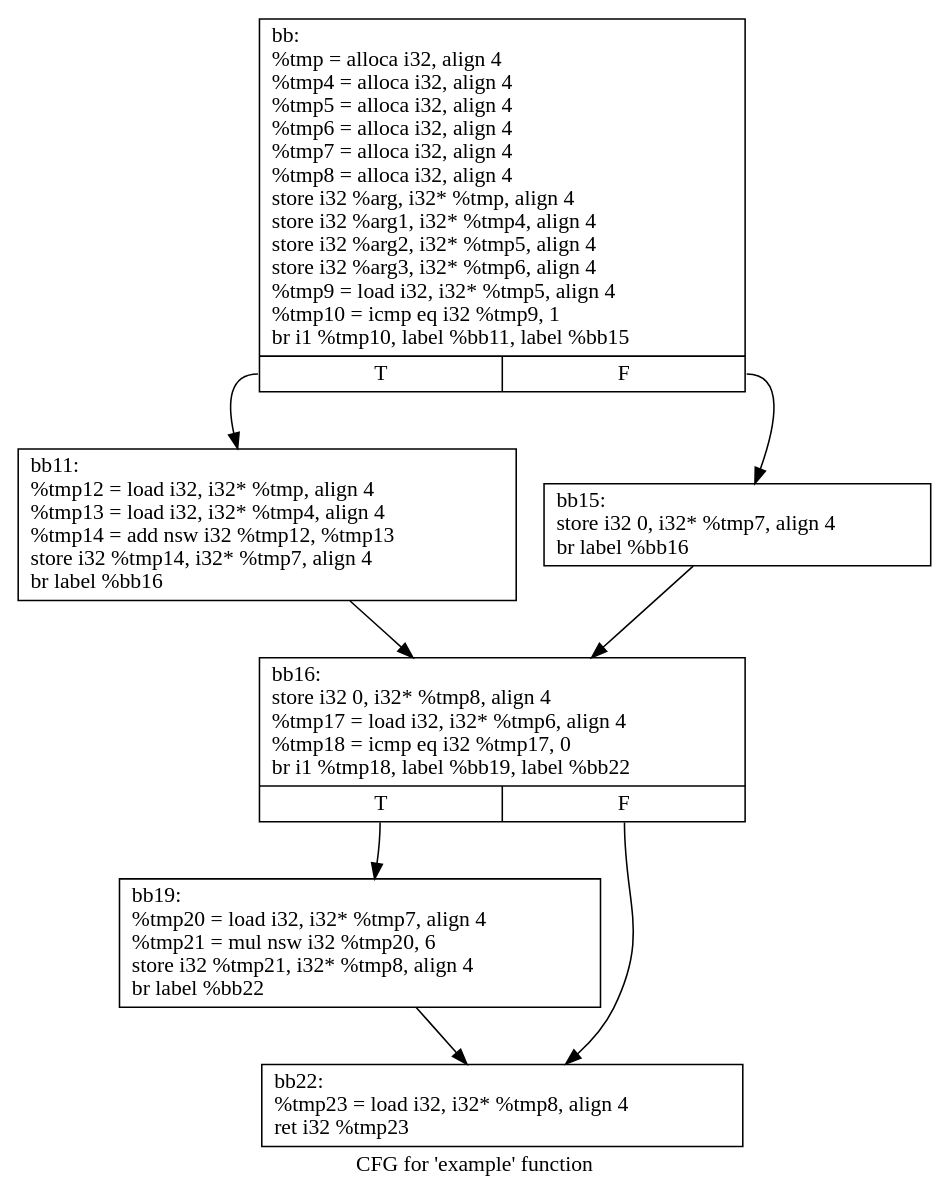
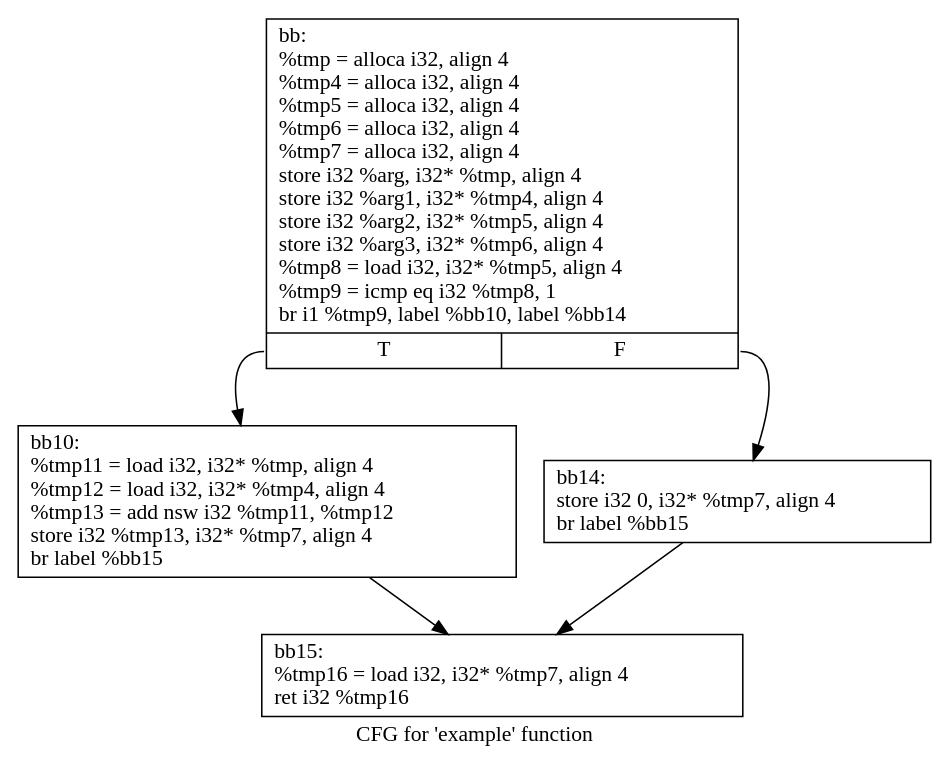
The diagram in src/tmp/cfg.example.dot (nikhilghanathe/If-conversion_by_Predication.), drawn with Graphviz before and after one commit. The commit also changed 252 other files, not shown here.

```diff
--- a/src/tmp/cfg.example.dot
+++ b/src/tmp/cfg.example.dot
@@ -1,17 +1,12 @@
 digraph "CFG for 'example' function" {
 	label="CFG for 'example' function";
 
-	Node0x56320c155b50 [shape=record,label="{bb:\l  %tmp = alloca i32, align 4\l  %tmp4 = alloca i32, align 4\l  %tmp5 = alloca i32, align 4\l  %tmp6 = alloca i32, align 4\l  %tmp7 = alloca i32, align 4\l  %tmp8 = alloca i32, align 4\l  store i32 %arg, i32* %tmp, align 4\l  store i32 %arg1, i32* %tmp4, align 4\l  store i32 %arg2, i32* %tmp5, align 4\l  store i32 %arg3, i32* %tmp6, align 4\l  %tmp9 = load i32, i32* %tmp5, align 4\l  %tmp10 = icmp eq i32 %tmp9, 1\l  br i1 %tmp10, label %bb11, label %bb15\l|{<s0>T|<s1>F}}"];
-	Node0x56320c155b50:s0 -> Node0x56320c156960;
-	Node0x56320c155b50:s1 -> Node0x56320c156a30;
-	Node0x56320c156960 [shape=record,label="{bb11:                                             \l  %tmp12 = load i32, i32* %tmp, align 4\l  %tmp13 = load i32, i32* %tmp4, align 4\l  %tmp14 = add nsw i32 %tmp12, %tmp13\l  store i32 %tmp14, i32* %tmp7, align 4\l  br label %bb16\l}"];
-	Node0x56320c156960 -> Node0x56320c156d40;
-	Node0x56320c156a30 [shape=record,label="{bb15:                                             \l  store i32 0, i32* %tmp7, align 4\l  br label %bb16\l}"];
-	Node0x56320c156a30 -> Node0x56320c156d40;
-	Node0x56320c156d40 [shape=record,label="{bb16:                                             \l  store i32 0, i32* %tmp8, align 4\l  %tmp17 = load i32, i32* %tmp6, align 4\l  %tmp18 = icmp eq i32 %tmp17, 0\l  br i1 %tmp18, label %bb19, label %bb22\l|{<s0>T|<s1>F}}"];
-	Node0x56320c156d40:s0 -> Node0x56320c157050;
-	Node0x56320c156d40:s1 -> Node0x56320c157120;
-	Node0x56320c157050 [shape=record,label="{bb19:                                             \l  %tmp20 = load i32, i32* %tmp7, align 4\l  %tmp21 = mul nsw i32 %tmp20, 6\l  store i32 %tmp21, i32* %tmp8, align 4\l  br label %bb22\l}"];
-	Node0x56320c157050 -> Node0x56320c157120;
-	Node0x56320c157120 [shape=record,label="{bb22:                                             \l  %tmp23 = load i32, i32* %tmp8, align 4\l  ret i32 %tmp23\l}"];
+	Node0x561c1c231990 [shape=record,label="{bb:\l  %tmp = alloca i32, align 4\l  %tmp4 = alloca i32, align 4\l  %tmp5 = alloca i32, align 4\l  %tmp6 = alloca i32, align 4\l  %tmp7 = alloca i32, align 4\l  store i32 %arg, i32* %tmp, align 4\l  store i32 %arg1, i32* %tmp4, align 4\l  store i32 %arg2, i32* %tmp5, align 4\l  store i32 %arg3, i32* %tmp6, align 4\l  %tmp8 = load i32, i32* %tmp5, align 4\l  %tmp9 = icmp eq i32 %tmp8, 1\l  br i1 %tmp9, label %bb10, label %bb14\l|{<s0>T|<s1>F}}"];
+	Node0x561c1c231990:s0 -> Node0x561c1c232580;
+	Node0x561c1c231990:s1 -> Node0x561c1c2327f0;
+	Node0x561c1c232580 [shape=record,label="{bb10:                                             \l  %tmp11 = load i32, i32* %tmp, align 4\l  %tmp12 = load i32, i32* %tmp4, align 4\l  %tmp13 = add nsw i32 %tmp11, %tmp12\l  store i32 %tmp13, i32* %tmp7, align 4\l  br label %bb15\l}"];
+	Node0x561c1c232580 -> Node0x561c1c232b00;
+	Node0x561c1c2327f0 [shape=record,label="{bb14:                                             \l  store i32 0, i32* %tmp7, align 4\l  br label %bb15\l}"];
+	Node0x561c1c2327f0 -> Node0x561c1c232b00;
+	Node0x561c1c232b00 [shape=record,label="{bb15:                                             \l  %tmp16 = load i32, i32* %tmp7, align 4\l  ret i32 %tmp16\l}"];
 }
```
